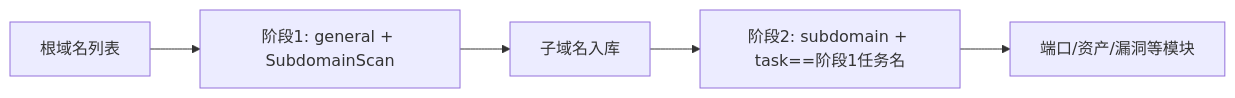
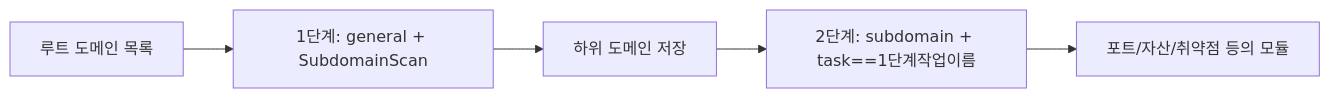
Before and after one commit to machossrc/ARTEX_KR: the diagram in skills/scopesentry/SKILL.md, drawn with Mermaid. The commit also changed other lines of this file and 26 other files, not shown here.

````diff
--- a/skills/scopesentry/SKILL.md
+++ b/skills/scopesentry/SKILL.md
@@ -164,7 +164,7 @@
 ```mermaid
 flowchart LR
-  A[根域名列表] --> B[阶段1: general + SubdomainScan]
-  B --> C[子域名入库]
-  C --> D[阶段2: subdomain + task==阶段1任务名]
-  D --> E[端口/资产/漏洞等模块]
+  A[루트 도메인 목록] --> B[1단계: general + SubdomainScan]
+  B --> C[하위 도메인 저장]
+  C --> D[2단계: subdomain + task==1단계작업이름]
+  D --> E[포트/자산/취약점 등의 모듈]
 ```
````
